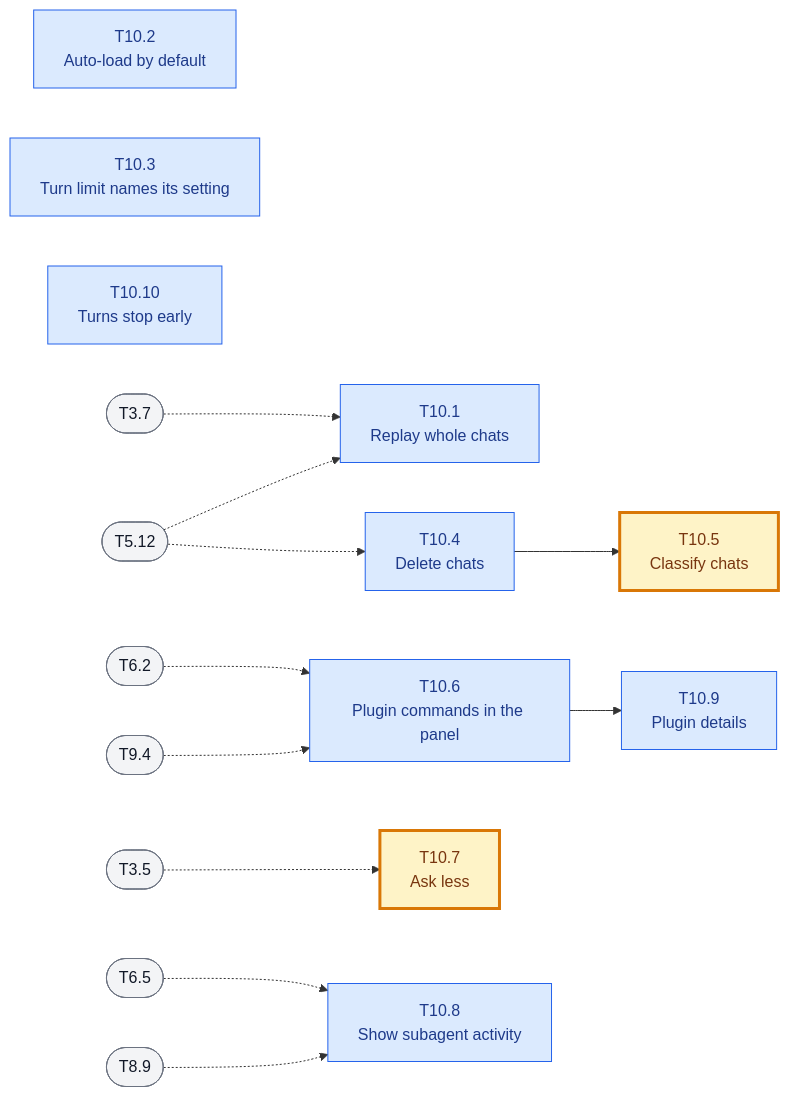
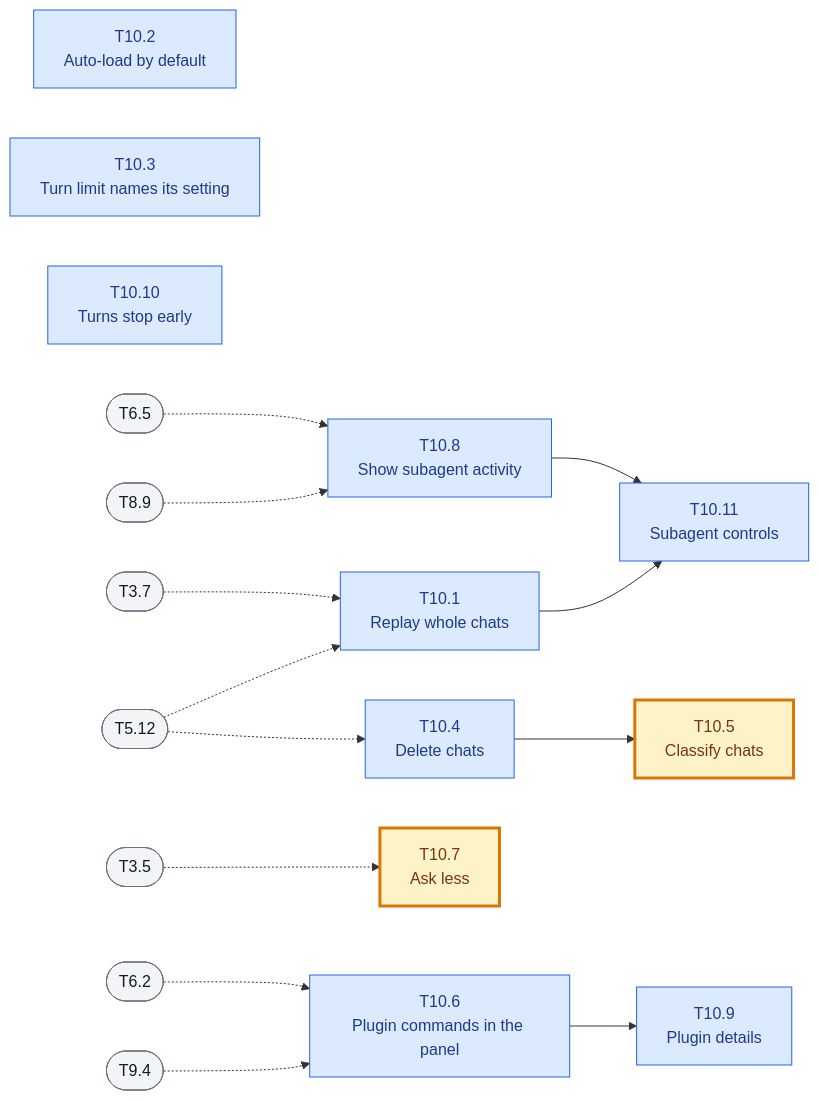
Before and after one commit to fzzinchemical/Praxis: diagram 11 of 11 in docs/TASKS.md, drawn with Mermaid. The commit also changed other lines of this file, not shown here.

Commit message:
docs(tasks): add T10.11 for subagent controls, place T10.9 in a tab

````diff
--- a/docs/TASKS.md
+++ b/docs/TASKS.md
@@ -844,37 +844,40 @@
 ```mermaid
 flowchart LR
     T10_1["T10.1<br/>Replay whole chats"]
     T10_2["T10.2<br/>Auto-load by default"]
     T10_3["T10.3<br/>Turn limit names its setting"]
     T10_4["T10.4<br/>Delete chats"]
     T10_5["T10.5<br/>Classify chats"]
     T10_6["T10.6<br/>Plugin commands in the panel"]
     T10_7["T10.7<br/>Ask less"]
     T10_8["T10.8<br/>Show subagent activity"]
     T10_9["T10.9<br/>Plugin details"]
     T10_10["T10.10<br/>Turns stop early"]
+    T10_11["T10.11<br/>Subagent controls"]
     T3_7(["T3.7"])
     T5_12(["T5.12"])
     T6_2(["T6.2"])
     T9_4(["T9.4"])
     T3_5(["T3.5"])
     T6_5(["T6.5"])
     T8_9(["T8.9"])
     T3_7 -.-> T10_1
     T5_12 -.-> T10_1
     T5_12 -.-> T10_4
     T10_4 --> T10_5
     T6_2 -.-> T10_6
     T9_4 -.-> T10_6
     T3_5 -.-> T10_7
     T6_5 -.-> T10_8
     T10_6 --> T10_9
+    T10_8 --> T10_11
+    T10_1 --> T10_11
     T8_9 -.-> T10_8
 
     classDef task fill:#dbeafe,stroke:#2563eb,color:#1e3a8a
     classDef human fill:#fef3c7,stroke:#d97706,color:#78350f,stroke-width:3px
     classDef other fill:#f3f4f6,stroke:#6b7280,color:#111827
-    class T10_1,T10_2,T10_3,T10_4,T10_6,T10_8,T10_9,T10_10 task
+    class T10_1,T10_2,T10_3,T10_4,T10_6,T10_8,T10_9,T10_10,T10_11 task
     class T10_5,T10_7 human
     class T3_7,T5_12,T6_2,T9_4,T3_5,T6_5,T8_9 other
 ```
````
